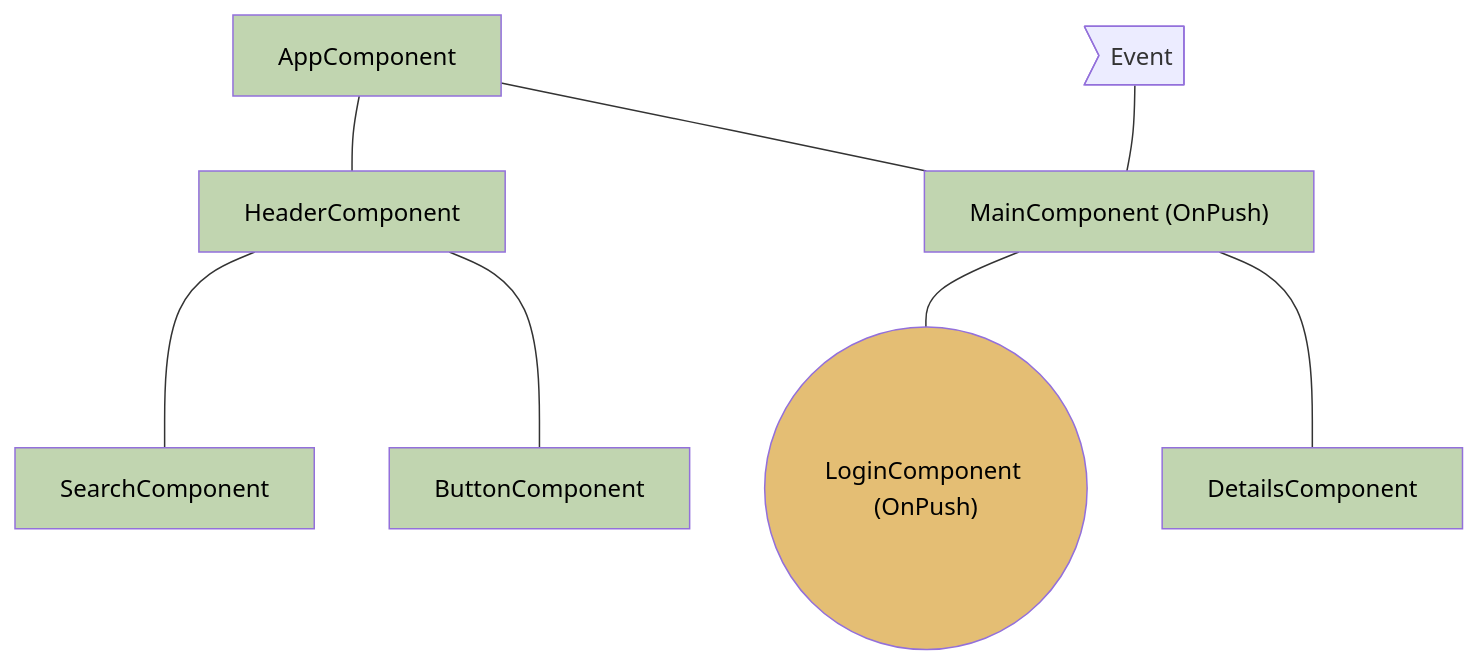
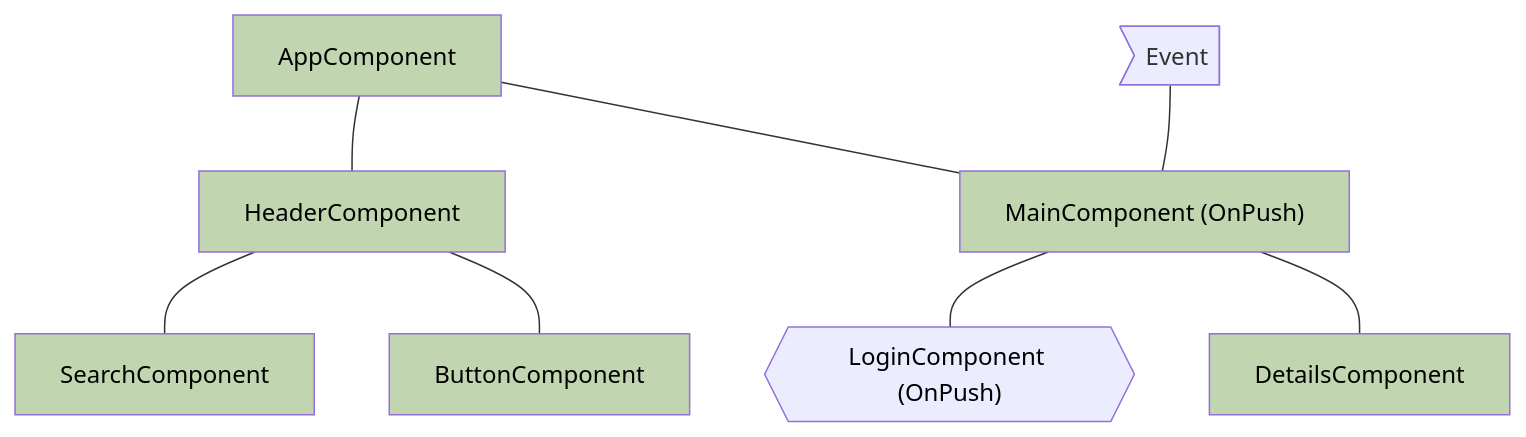
The second of 4 diagrams in adev/src/content/best-practices/runtime-performance/skipping-subtrees.md (angular/angular), drawn with Mermaid before and after one commit. The commit also changed other lines of this file, not shown here.

````diff
--- a/adev/src/content/best-practices/runtime-performance/skipping-subtrees.md
+++ b/adev/src/content/best-practices/runtime-performance/skipping-subtrees.md
@@ -62,19 +62,19 @@
 ```mermaid
 graph TD;
     app[AppComponent] --- header[HeaderComponent];
     app --- main["MainComponent (OnPush)"];
     header --- search[SearchComponent];
     header --- button[ButtonComponent];
-    main --- login(("LoginComponent (OnPush)"));
+    main --- login{{"LoginComponent (OnPush)"}};
     main --- details[DetailsComponent];
     event>Event] --- main
 
-    style login fill:#E4BE74,color:#000
+    style login fill:C1D5B0,color:#000
 
     style app fill:#C1D5B0,color:#000
     style header fill:#C1D5B0,color:#000
     style button fill:#C1D5B0,color:#000
     style search fill:#C1D5B0,color:#000
     style main fill:#C1D5B0,color:#000
     style details fill:#C1D5B0,color:#000
 ```
````
